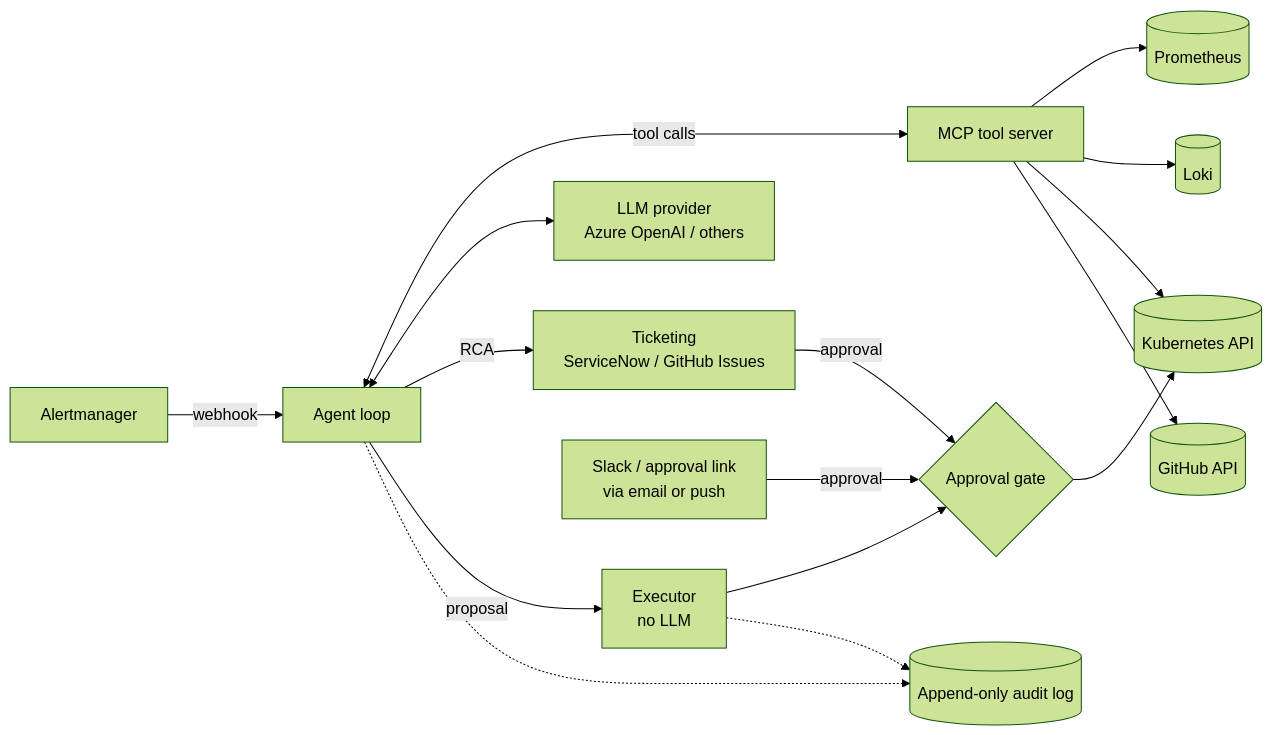
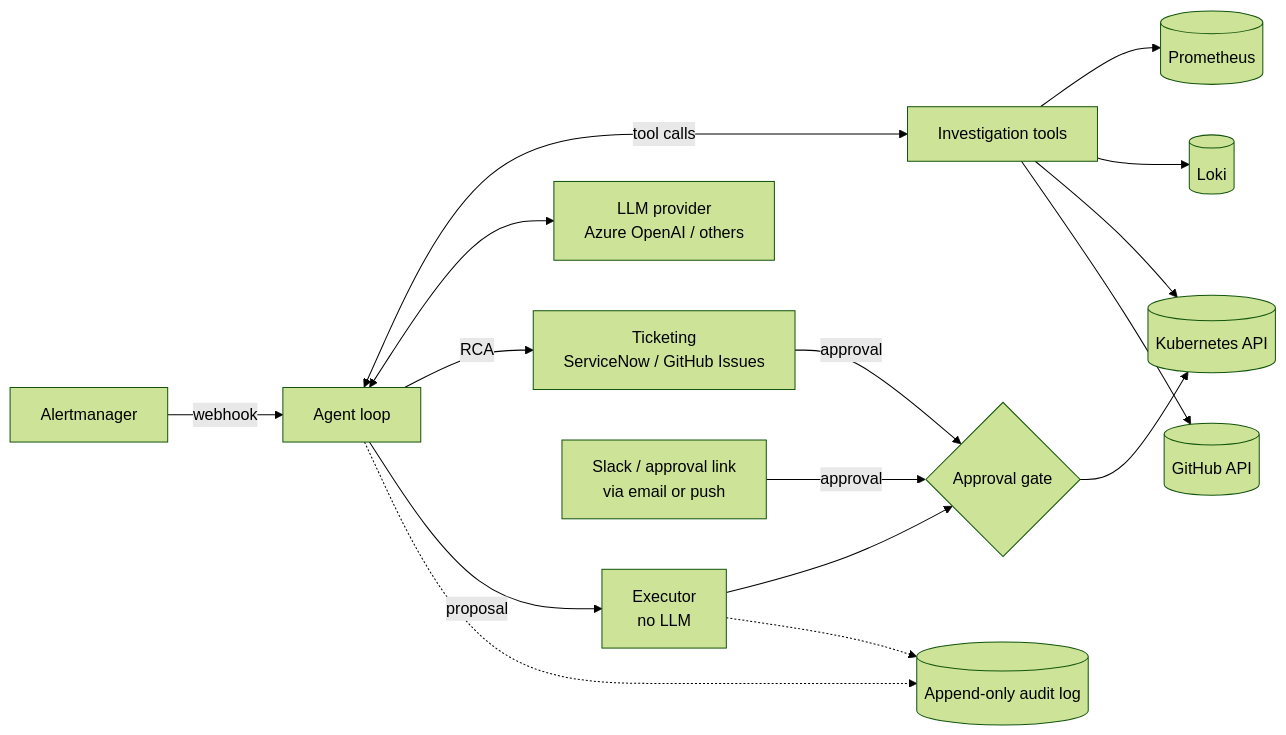
One commit to itsankoff/incident-copilot changed the diagram in README.md. Above: the diagram before and after it, drawn with Mermaid (forest theme). The commit also changed other lines of this file and 1 other file, not shown here.

Commit message:
* Update CONTEXT.md glossary with Evidence query; README drops the outward MCP server

````diff
--- a/README.md
+++ b/README.md
@@ -25,18 +25,18 @@
 ```mermaid
 flowchart LR
     AM[Alertmanager] -- webhook --> AG[Agent loop]
-    AG <-- tool calls --> MCP[MCP tool server]
-    MCP --> PROM[(Prometheus)]
-    MCP --> LOKI[(Loki)]
-    MCP --> K8S[(Kubernetes API)]
-    MCP --> GH[(GitHub API)]
+    AG <-- tool calls --> TOOLS[Investigation tools]
+    TOOLS --> PROM[(Prometheus)]
+    TOOLS --> LOKI[(Loki)]
+    TOOLS --> K8S[(Kubernetes API)]
+    TOOLS --> GH[(GitHub API)]
     AG <--> LLM[LLM provider<br/>Azure OpenAI / others]
     AG -- RCA --> TKT[Ticketing<br/>ServiceNow / GitHub Issues]
     AG -- proposal --> EX[Executor<br/>no LLM]
     EX --> GATE{Approval gate}
     TKT -- approval --> GATE
     CH[Slack / approval link<br/>via email or push] -- approval --> GATE
     GATE --> K8S
     AG -.-> AUDIT[(Append-only audit log)]
     EX -.-> AUDIT
 ```
````
